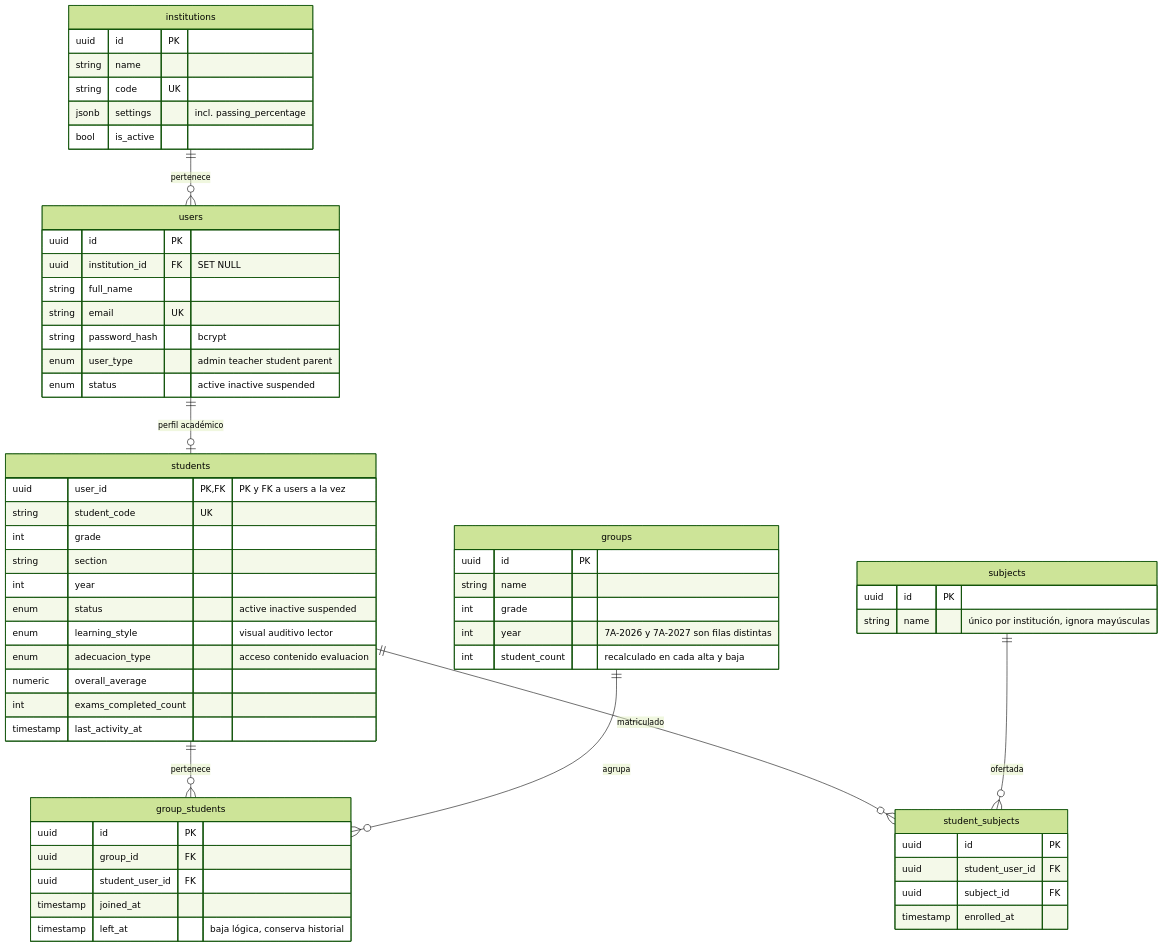
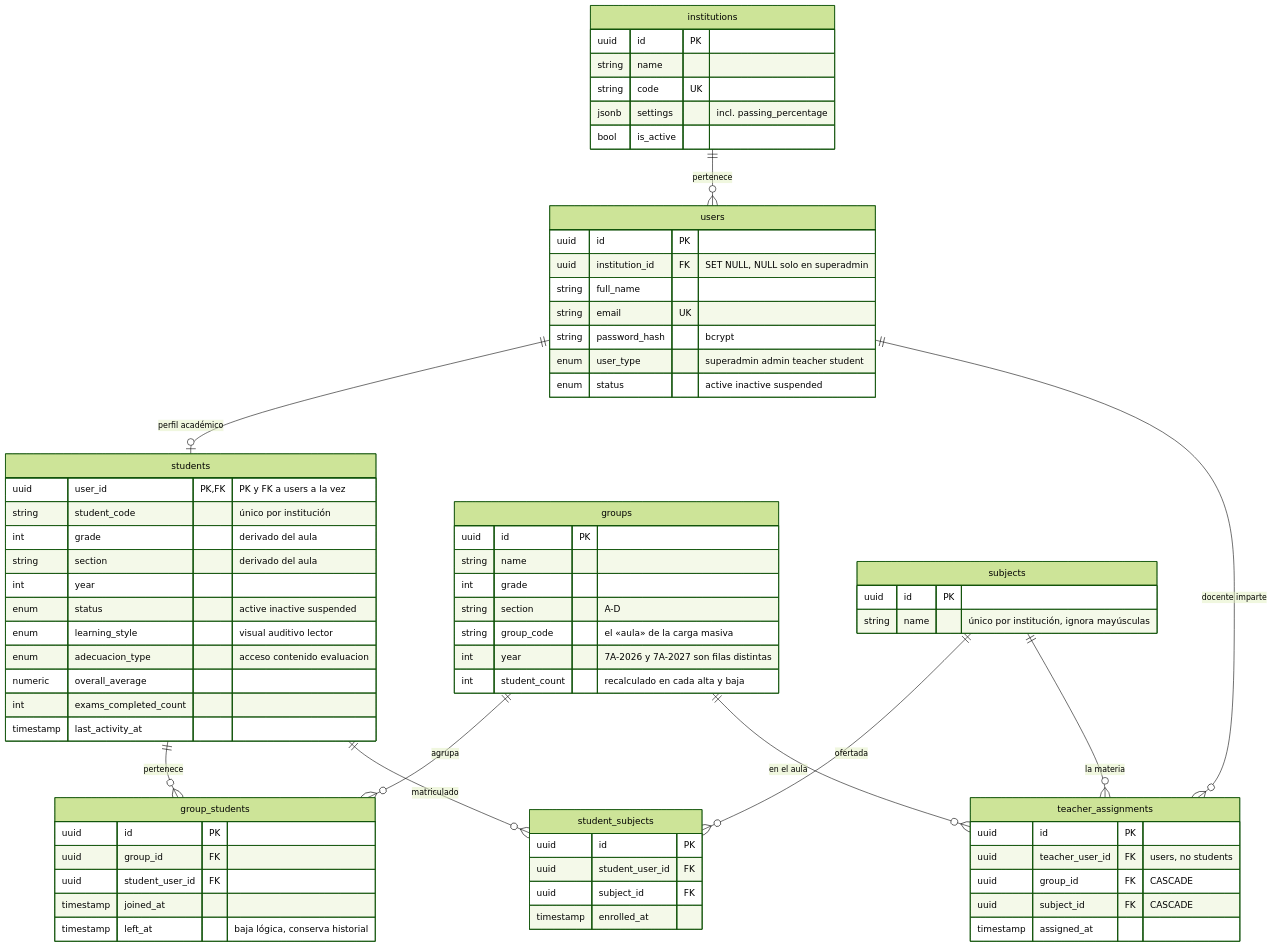
Before and after one commit to Infil505/NeoEduCore-Back: the second of 16 diagrams in docs/DIAGRAMAS.md, drawn with Mermaid (forest theme). The commit also changed other lines of this file and 3 other files, not shown here.

````diff
--- a/docs/DIAGRAMAS.md
+++ b/docs/DIAGRAMAS.md
@@ -124,63 +135,75 @@
 ```mermaid
 erDiagram
     institutions ||--o{ users : "pertenece"
     users ||--o| students : "perfil académico"
     students ||--o{ group_students : "pertenece"
     groups ||--o{ group_students : "agrupa"
     students ||--o{ student_subjects : "matriculado"
     subjects ||--o{ student_subjects : "ofertada"
+    users ||--o{ teacher_assignments : "docente imparte"
+    groups ||--o{ teacher_assignments : "en el aula"
+    subjects ||--o{ teacher_assignments : "la materia"
 
     institutions {
         uuid id PK
         string name
         string code UK
         jsonb settings "incl. passing_percentage"
         bool is_active
     }
     users {
         uuid id PK
-        uuid institution_id FK "SET NULL"
+        uuid institution_id FK "SET NULL, NULL solo en superadmin"
         string full_name
         string email UK
         string password_hash "bcrypt"
-        enum user_type "admin teacher student parent"
+        enum user_type "superadmin admin teacher student"
         enum status "active inactive suspended"
     }
     students {
         uuid user_id PK, FK "PK y FK a users a la vez"
-        string student_code UK
-        int grade
-        string section
+        string student_code "único por institución"
+        int grade "derivado del aula"
+        string section "derivado del aula"
         int year
         enum status "active inactive suspended"
         enum learning_style "visual auditivo lector"
         enum adecuacion_type "acceso contenido evaluacion"
         numeric overall_average
         int exams_completed_count
         timestamp last_activity_at
     }
     groups {
         uuid id PK
         string name
         int grade
+        string section "A-D"
+        string group_code "el «aula» de la carga masiva"
         int year "7A-2026 y 7A-2027 son filas distintas"
         int student_count "recalculado en cada alta y baja"
     }
     subjects {
         uuid id PK
         string name "único por institución, ignora mayúsculas"
     }
     group_students {
         uuid id PK
         uuid group_id FK
         uuid student_user_id FK
         timestamp joined_at
         timestamp left_at "baja lógica, conserva historial"
     }
     student_subjects {
         uuid id PK
         uuid student_user_id FK
         uuid subject_id FK
         timestamp enrolled_at
     }
+    teacher_assignments {
+        uuid id PK
+        uuid teacher_user_id FK "users, no students"
+        uuid group_id FK "CASCADE"
+        uuid subject_id FK "CASCADE"
+        timestamp assigned_at
+    }
 ```
````
